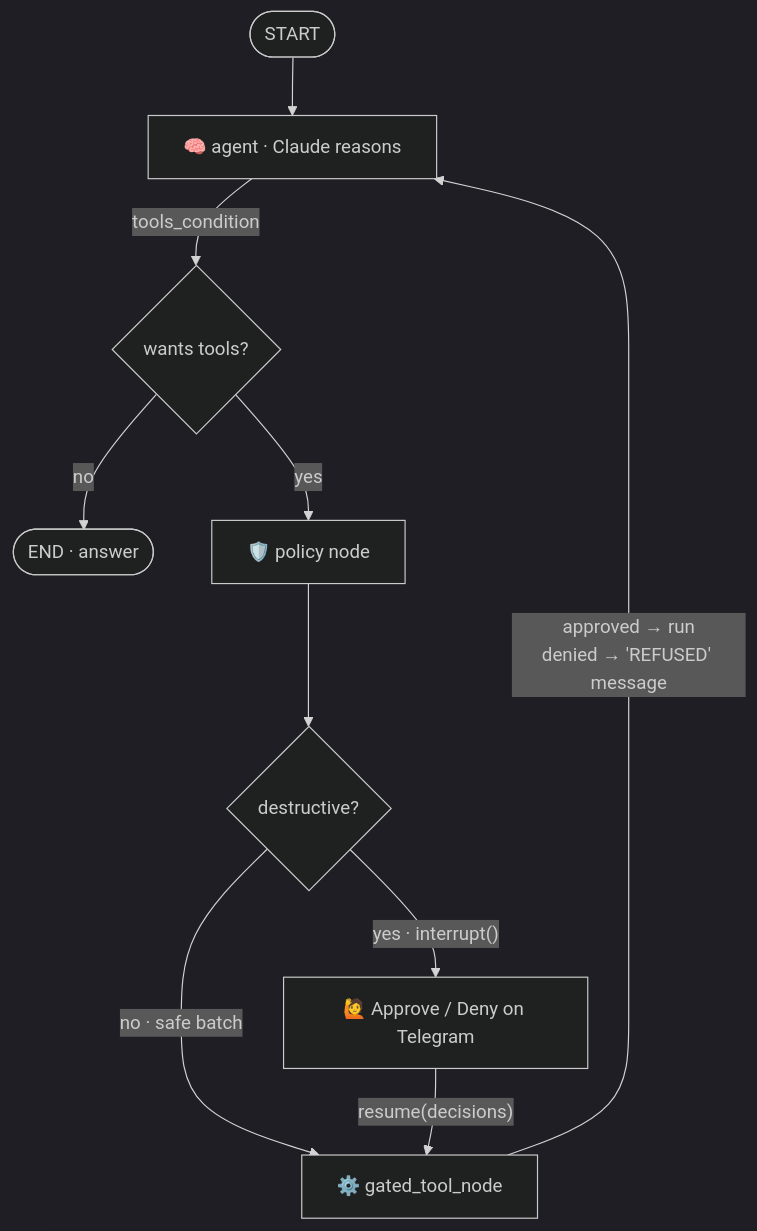
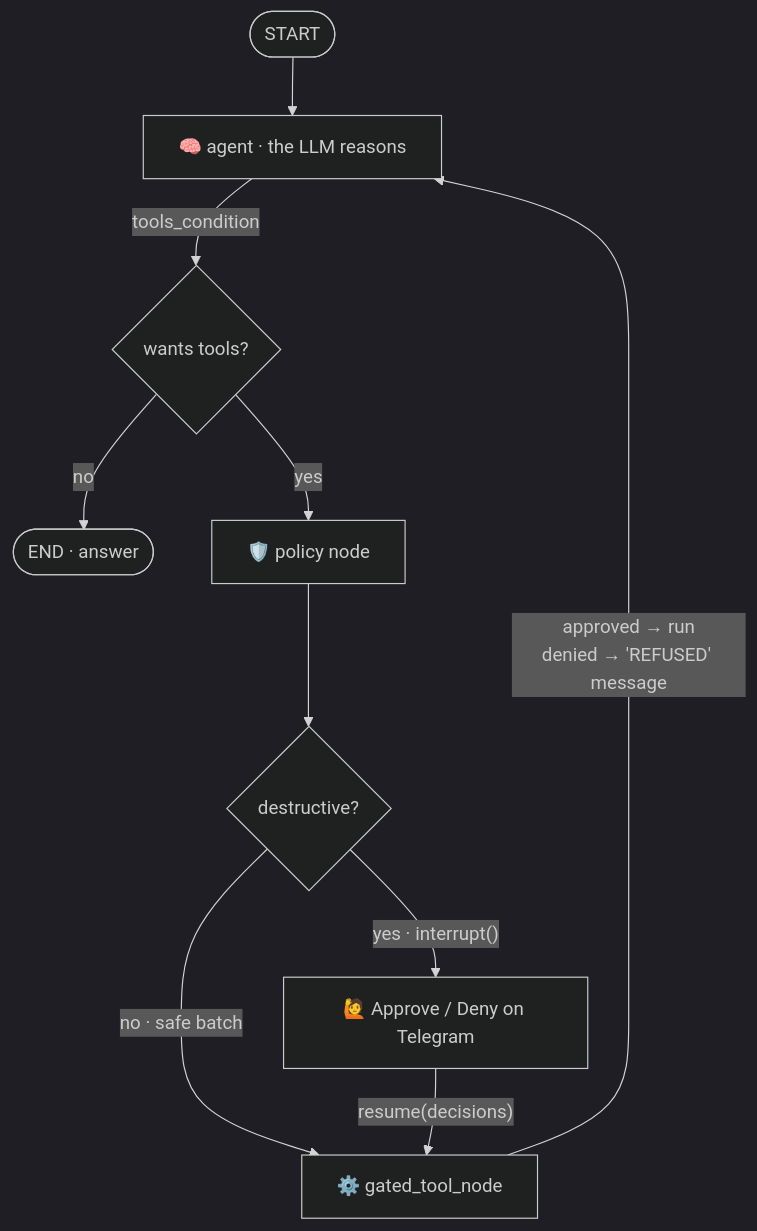
Before and after one commit to naveen6gowda/AI-Agent: the second of 3 diagrams in README.md, drawn with Mermaid (dark theme). The commit also changed other lines of this file and 48 other files, not shown here.

````diff
--- a/README.md
+++ b/README.md
@@ -153,12 +166,12 @@
 ```mermaid
 flowchart TD
-    S([START]) --> A["🧠 agent · Claude reasons"]
+    S([START]) --> A["🧠 agent · the LLM reasons"]
     A -->|tools_condition| Q{wants tools?}
     Q -->|no| E([END · answer])
     Q -->|yes| P["🛡️ policy node"]
     P --> D{destructive?}
     D -->|"no · safe batch"| G["⚙️ gated_tool_node"]
     D -->|"yes · interrupt()"| H["🙋 Approve / Deny on Telegram"]
     H -->|"resume(decisions)"| G
     G -->|"approved → run<br/>denied → 'REFUSED' message"| A
 ```
````
